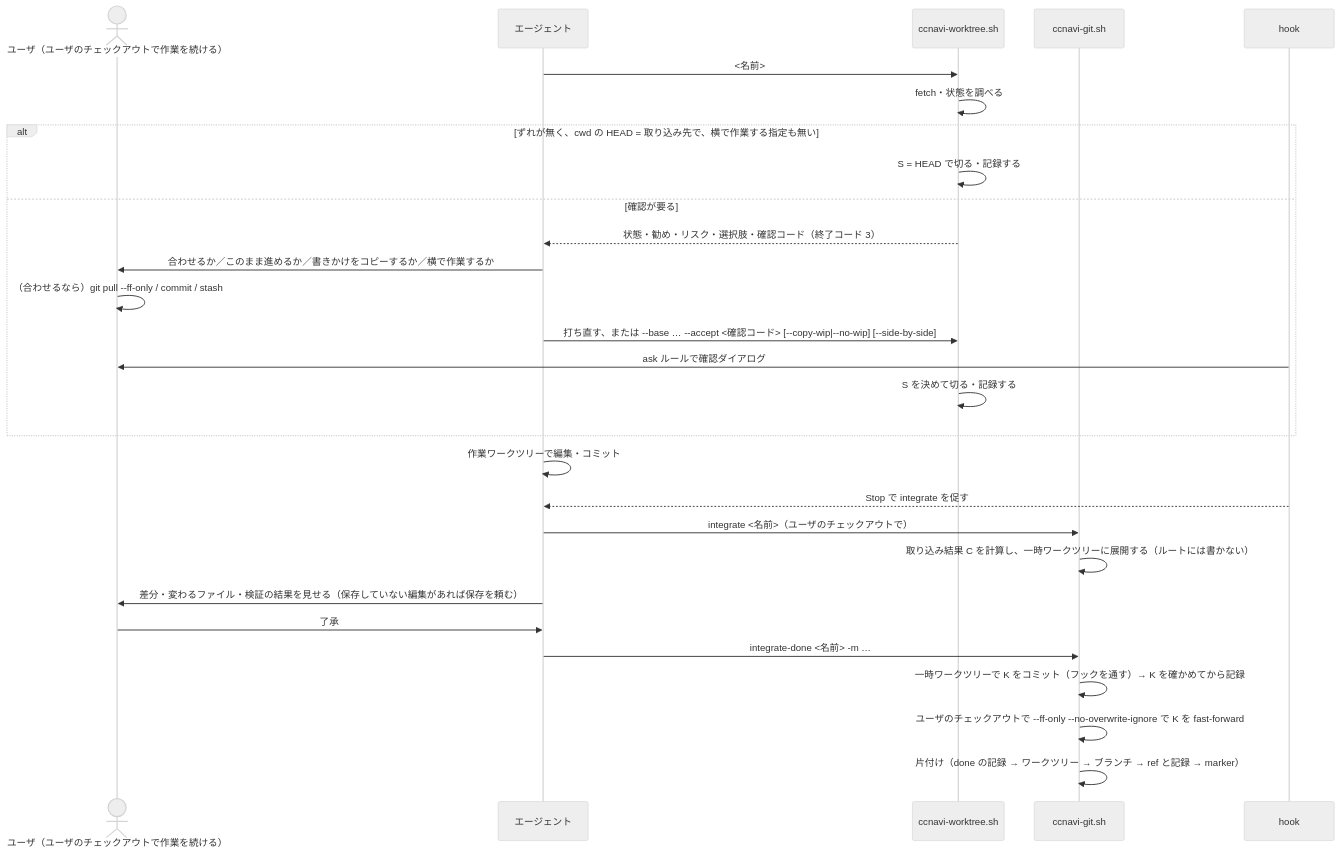
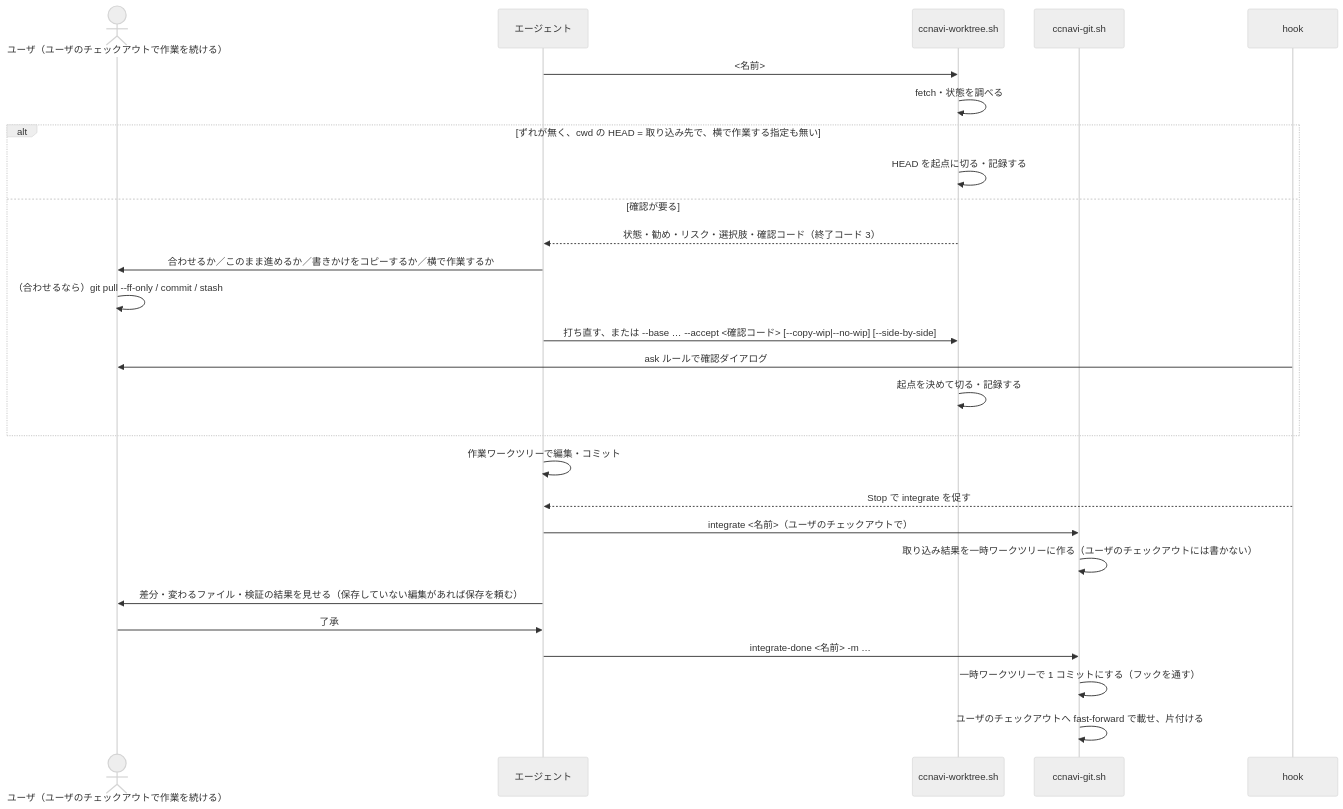
Before and after one commit to yuki-matsu783/ccnavi: the diagram in .ccnavi/docs/direct-flow.md, drawn with Mermaid (neutral theme). The commit also changed other lines of this file and 277 other files, not shown here.

````diff
--- a/.ccnavi/docs/direct-flow.md
+++ b/.ccnavi/docs/direct-flow.md
@@ -62,30 +43,29 @@
 ```mermaid
 sequenceDiagram
   actor U as ユーザ（ユーザのチェックアウトで作業を続ける）
   participant A as エージェント
   participant W as ccnavi-worktree.sh
   participant G as ccnavi-git.sh
   participant H as hook
   A->>W: <名前>
   W->>W: fetch・状態を調べる
   alt ずれが無く、cwd の HEAD = 取り込み先で、横で作業する指定も無い
-    W->>W: S = HEAD で切る・記録する
+    W->>W: HEAD を起点に切る・記録する
   else 確認が要る
     W-->>A: 状態・勧め・リスク・選択肢・確認コード（終了コード 3）
     A->>U: 合わせるか／このまま進めるか／書きかけをコピーするか／横で作業するか
     U->>U: （合わせるなら）git pull --ff-only / commit / stash
     A->>W: 打ち直す、または --base … --accept <確認コード> [--copy-wip|--no-wip] [--side-by-side]
     H->>U: ask ルールで確認ダイアログ
-    W->>W: S を決めて切る・記録する
+    W->>W: 起点を決めて切る・記録する
   end
   A->>A: 作業ワークツリーで編集・コミット
   H-->>A: Stop で integrate を促す
   A->>G: integrate <名前>（ユーザのチェックアウトで）
-  G->>G: 取り込み結果 C を計算し、一時ワークツリーに展開する（ルートには書かない）
+  G->>G: 取り込み結果を一時ワークツリーに作る（ユーザのチェックアウトには書かない）
   A->>U: 差分・変わるファイル・検証の結果を見せる（保存していない編集があれば保存を頼む）
   U->>A: 了承
   A->>G: integrate-done <名前> -m …
-  G->>G: 一時ワークツリーで K をコミット（フックを通す）→ K を確かめてから記録
-  G->>G: ユーザのチェックアウトで --ff-only --no-overwrite-ignore で K を fast-forward
-  G->>G: 片付け（done の記録 → ワークツリー → ブランチ → ref と記録 → marker）
+  G->>G: 一時ワークツリーで 1 コミットにする（フックを通す）
+  G->>G: ユーザのチェックアウトへ fast-forward で載せ、片付ける
 ```
````
